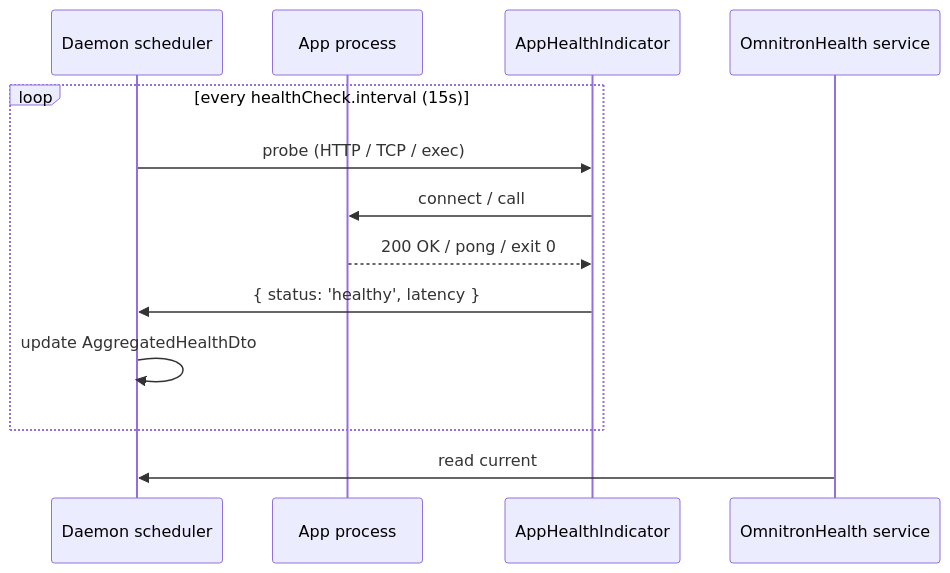
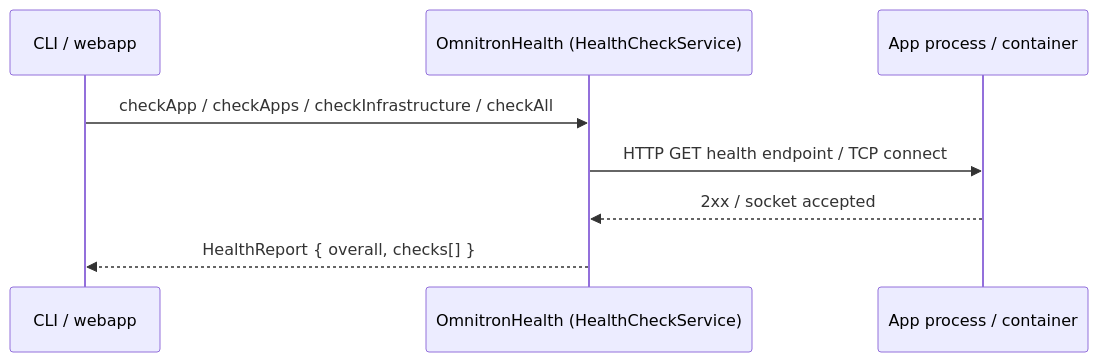
The fourth of 4 diagrams in docs/omnitron/observability.md (omnitron-dev/website), drawn with Mermaid before and after one commit. The commit also changed other lines of this file and 61 other files, not shown here.

````diff
--- a/docs/omnitron/observability.md
+++ b/docs/omnitron/observability.md
@@ -303,16 +354,11 @@
 ```mermaid
 sequenceDiagram
-  participant Sched as Daemon scheduler
-  participant App as App process
-  participant Indicator as AppHealthIndicator
-  participant HC as OmnitronHealth service
+  participant Caller as CLI / webapp
+  participant HC as OmnitronHealth (HealthCheckService)
+  participant App as App process / container
 
-  loop every healthCheck.interval (15s)
-    Sched->>Indicator: probe (HTTP / TCP / exec)
-    Indicator->>App: connect / call
-    App-->>Indicator: 200 OK / pong / exit 0
-    Indicator->>Sched: { status: 'healthy', latency }
-    Sched->>Sched: update AggregatedHealthDto
-  end
-  HC->>Sched: read current
+  Caller->>HC: checkApp / checkApps / checkInfrastructure / checkAll
+  HC->>App: HTTP GET health endpoint / TCP connect
+  App-->>HC: 2xx / socket accepted
+  HC-->>Caller: HealthReport { overall, checks[] }
 ```
````
